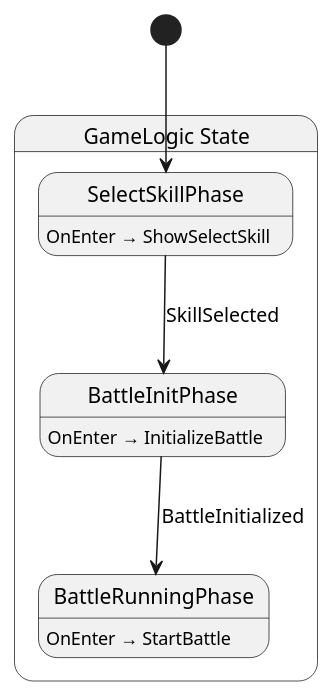
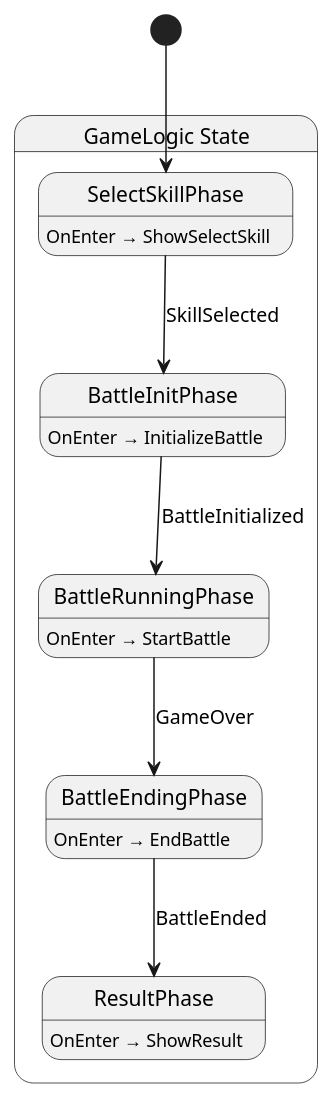
Before and after one commit to Ygoat/EternalJourney: the diagram in src/game/state/GameLogic.g.puml, drawn with PlantUML. The commit also changed 8 other files, not shown here.

```diff
--- a/src/game/state/GameLogic.g.puml
+++ b/src/game/state/GameLogic.g.puml
@@ -1,16 +1,22 @@
 @startuml GameLogic
 state "GameLogic State" as EternalJourney_Game_State_GameLogic_State {
   state "SelectSkillPhase" as EternalJourney_Game_State_GameLogic_State_SelectSkillPhase
   state "BattleInitPhase" as EternalJourney_Game_State_GameLogic_State_BattleInitPhase
   state "BattleRunningPhase" as EternalJourney_Game_State_GameLogic_State_BattleRunningPhase
+  state "BattleEndingPhase" as EternalJourney_Game_State_GameLogic_State_BattleEndingPhase
+  state "ResultPhase" as EternalJourney_Game_State_GameLogic_State_ResultPhase
 }
 
+EternalJourney_Game_State_GameLogic_State_BattleEndingPhase --> EternalJourney_Game_State_GameLogic_State_ResultPhase : BattleEnded
 EternalJourney_Game_State_GameLogic_State_BattleInitPhase --> EternalJourney_Game_State_GameLogic_State_BattleRunningPhase : BattleInitialized
+EternalJourney_Game_State_GameLogic_State_BattleRunningPhase --> EternalJourney_Game_State_GameLogic_State_BattleEndingPhase : GameOver
 EternalJourney_Game_State_GameLogic_State_SelectSkillPhase --> EternalJourney_Game_State_GameLogic_State_BattleInitPhase : SkillSelected
 
+EternalJourney_Game_State_GameLogic_State_BattleEndingPhase : OnEnter → EndBattle
 EternalJourney_Game_State_GameLogic_State_BattleInitPhase : OnEnter → InitializeBattle
 EternalJourney_Game_State_GameLogic_State_BattleRunningPhase : OnEnter → StartBattle
+EternalJourney_Game_State_GameLogic_State_ResultPhase : OnEnter → ShowResult
 EternalJourney_Game_State_GameLogic_State_SelectSkillPhase : OnEnter → ShowSelectSkill
 
 [*] --> EternalJourney_Game_State_GameLogic_State_SelectSkillPhase
 @enduml
```
